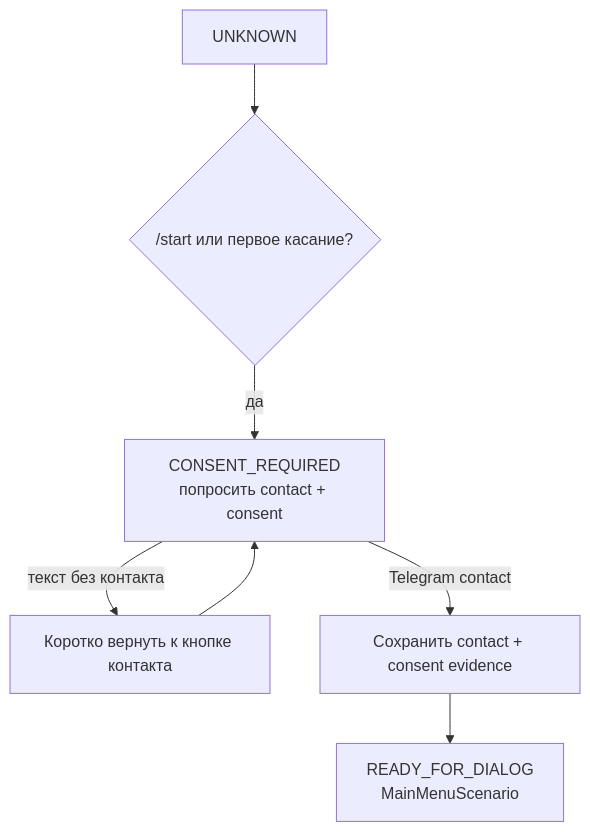
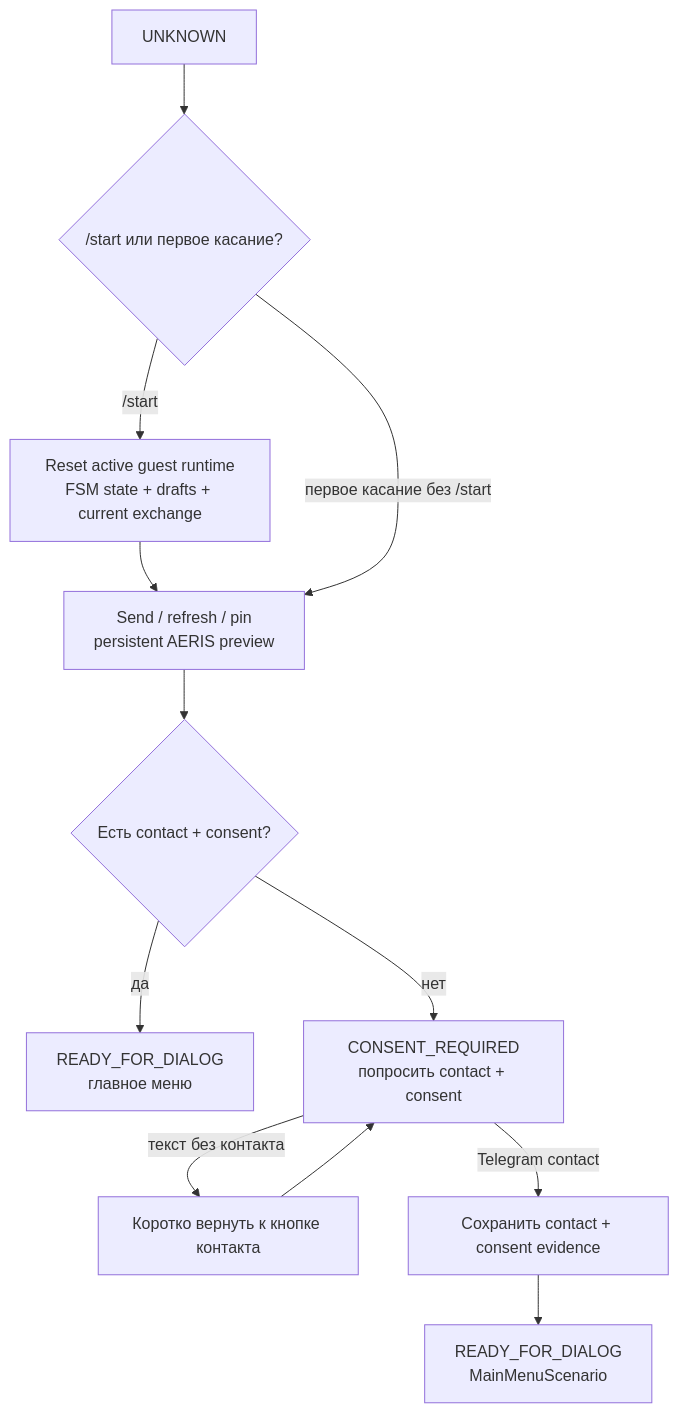
Before and after one commit to michaelwelly/Astor_Butler_MVP: the second of 15 diagrams in docs/FSM_SCENARIOS.md, drawn with Mermaid. The commit also changed other lines of this file and 41 other files, not shown here.

Commit message:
Add guest guides and stabilize Telegram preview

````diff
--- a/docs/FSM_SCENARIOS.md
+++ b/docs/FSM_SCENARIOS.md
@@ -262,9 +273,14 @@
 ```mermaid
 flowchart TD
     Unknown["UNKNOWN"] --> Start{"/start или первое касание?"}
-    Start -- "да" --> Consent["CONSENT_REQUIRED<br/>попросить contact + consent"]
+    Start -- "/start" --> Reset["Reset active guest runtime<br/>FSM state + drafts + current exchange"]
+    Reset --> Preview["Send / refresh / pin<br/>persistent AERIS preview"]
+    Preview --> Known{"Есть contact + consent?"}
+    Known -- "да" --> ReadyAgain["READY_FOR_DIALOG<br/>главное меню"]
+    Known -- "нет" --> Consent["CONSENT_REQUIRED<br/>попросить contact + consent"]
+    Start -- "первое касание без /start" --> Preview
     Consent -- "текст без контакта" --> Nudge["Коротко вернуть к кнопке контакта"]
     Nudge --> Consent
     Consent -- "Telegram contact" --> Save["Сохранить contact + consent evidence"]
     Save --> Ready["READY_FOR_DIALOG<br/>MainMenuScenario"]
 ```
````
